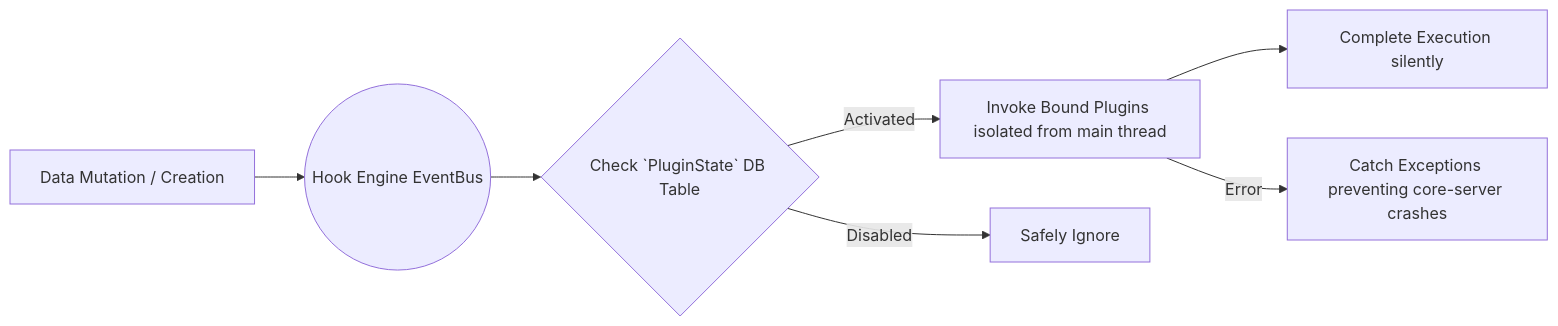
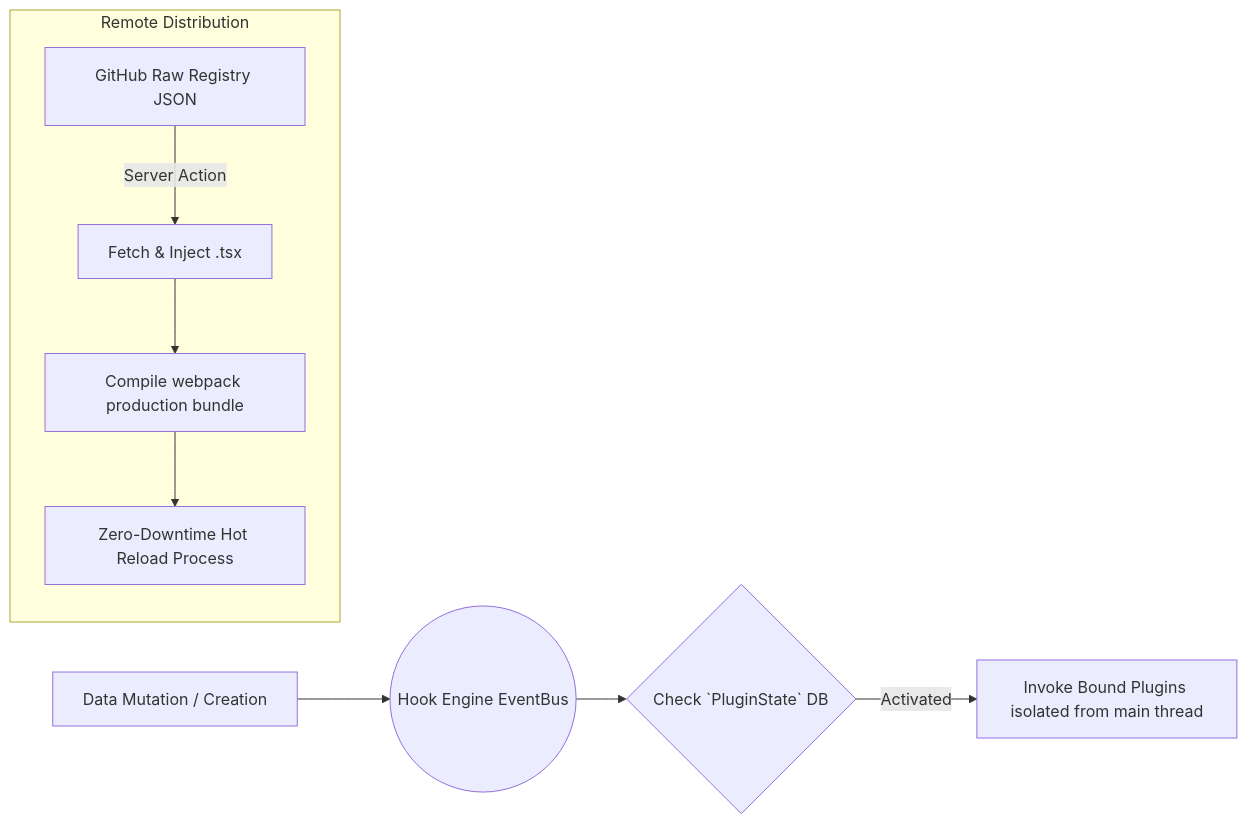
One commit to Cyber-Sec-Space/openticket changed the fourth of 5 diagrams in docs/ARCHITECTURE.md. Above: the diagram before and after it, drawn with Mermaid. The commit also changed other lines of this file and 14 other files, not shown here.

````diff
--- a/docs/ARCHITECTURE.md
+++ b/docs/ARCHITECTURE.md
@@ -123,9 +124,12 @@
 ```mermaid
 graph LR
     SystemEvents[Data Mutation / Creation] --> HookEngine((Hook Engine EventBus))
-    HookEngine --> DBCheck{Check `PluginState` DB Table}
+    HookEngine --> DBCheck{Check `PluginState` DB }
     DBCheck -- "Activated" --> Plugins[Invoke Bound Plugins isolated from main thread]
-    DBCheck -- "Disabled" --> Skip[Safely Ignore]
-    Plugins --> Success[Complete Execution silently]
-    Plugins -- "Error" --> Isolated[Catch Exceptions preventing core-server crashes]
+    
+    subgraph Registry [Remote Distribution]
+        RemoteRepo[GitHub Raw Registry JSON] -->|Server Action| Download[Fetch & Inject .tsx]
+        Download --> Build[Compile webpack production bundle]
+        Build --> Restart[Zero-Downtime Hot Reload Process]
+    end
 ```
````
